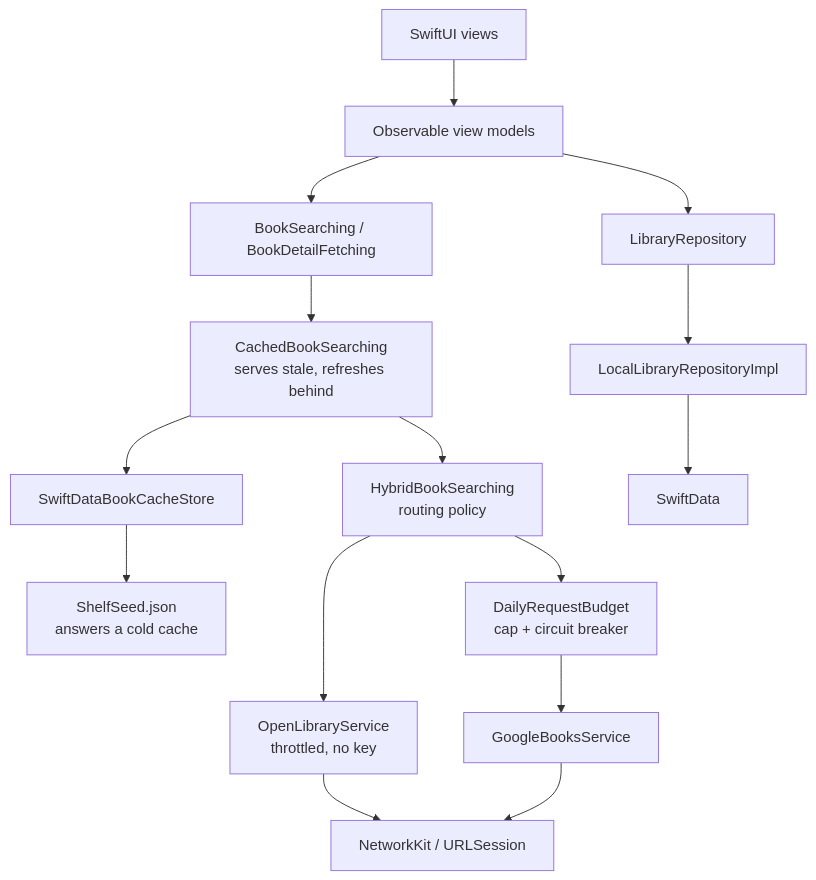
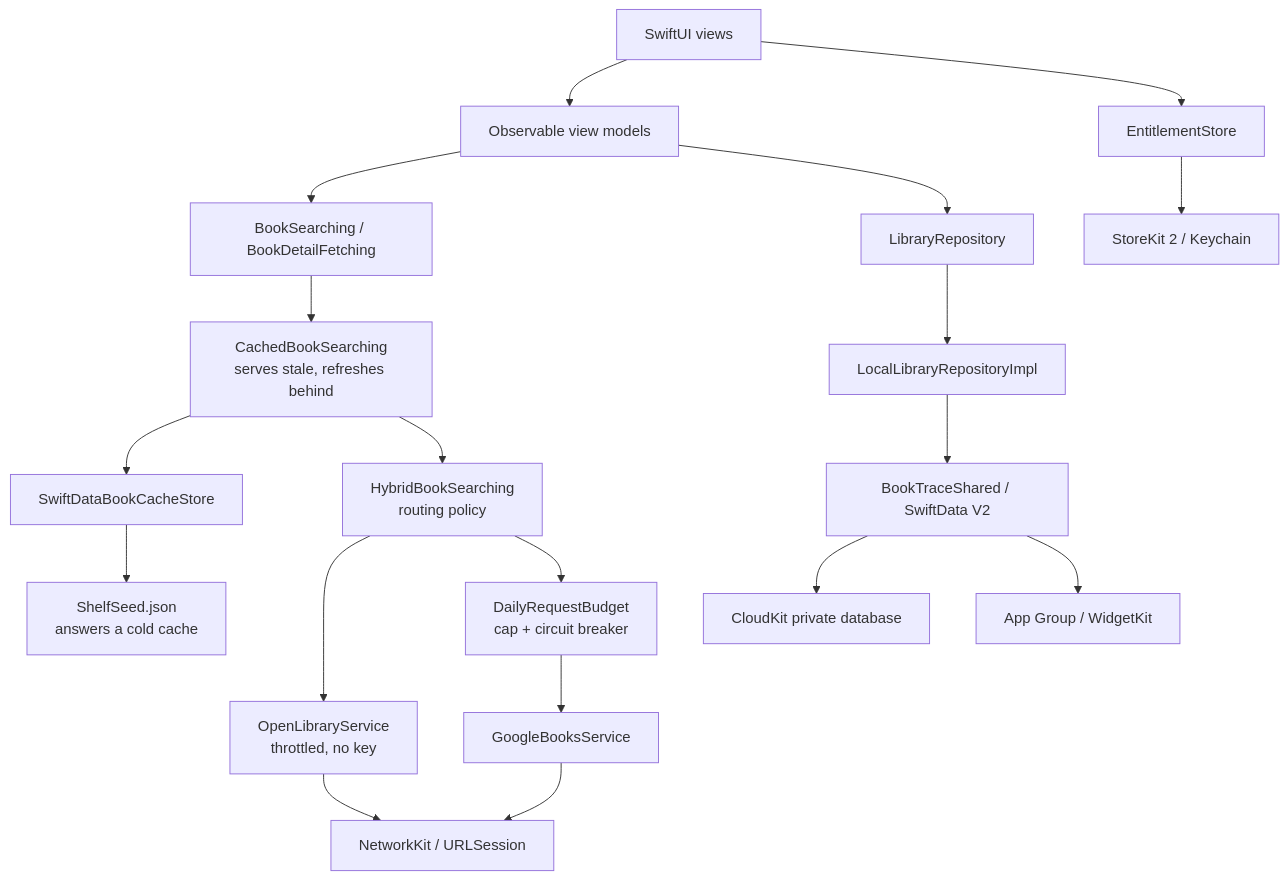
The diagram in README.md (semihtakilan/BookTrace), drawn with Mermaid before and after one commit. The commit also changed other lines of this file and 115 other files, not shown here.

````diff
--- a/README.md
+++ b/README.md
@@ -278,17 +332,21 @@
 ```mermaid
 flowchart TD
     Views[SwiftUI views] --> ViewModels[Observable view models]
     ViewModels --> Search[BookSearching / BookDetailFetching]
     ViewModels --> Library[LibraryRepository]
     Search --> Cached[CachedBookSearching<br/>serves stale, refreshes behind]
     Cached --> Store[SwiftDataBookCacheStore]
     Store --> Seed[ShelfSeed.json<br/>answers a cold cache]
     Cached --> Hybrid[HybridBookSearching<br/>routing policy]
     Hybrid --> OpenLibrary[OpenLibraryService<br/>throttled, no key]
     Hybrid --> Budget[DailyRequestBudget<br/>cap + circuit breaker]
     Budget --> Google[GoogleBooksService]
     OpenLibrary --> Network[NetworkKit / URLSession]
     Google --> Network
     Library --> Repository[LocalLibraryRepositoryImpl]
-    Repository --> Persistence[SwiftData]
+    Repository --> Persistence[BookTraceShared / SwiftData V2]
+    Persistence --> Cloud[CloudKit private database]
+    Persistence --> Widgets[App Group / WidgetKit]
+    Views --> Entitlement[EntitlementStore]
+    Entitlement --> Purchases[StoreKit 2 / Keychain]
 ```
````
